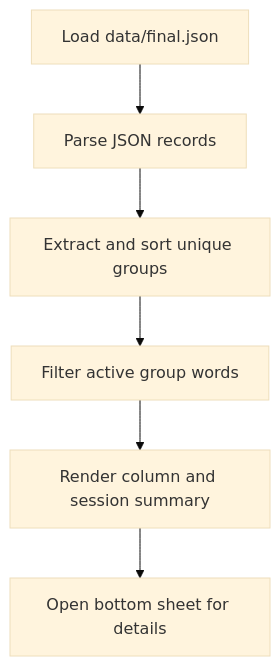
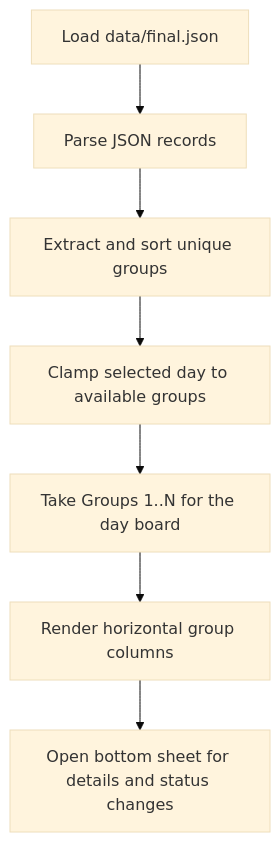
Before and after one commit to desertSniper87/vocab-hill: the diagram in docs/4-algorithms/README.md, drawn with Mermaid (base theme). The commit also changed other lines of this file and 5 other files, not shown here.

````diff
--- a/docs/4-algorithms/README.md
+++ b/docs/4-algorithms/README.md
@@ -7,8 +7,9 @@
 ```mermaid
 flowchart TD
     A["Load data/final.json"] --> B["Parse JSON records"]
     B --> C["Extract and sort unique groups"]
-    C --> D["Filter active group words"]
-    D --> E["Render column and session summary"]
-    E --> F["Open bottom sheet for details"]
+    C --> D["Clamp selected day to available groups"]
+    D --> E["Take Groups 1..N for the day board"]
+    E --> F["Render horizontal group columns"]
+    F --> G["Open bottom sheet for details and status changes"]
 ```
````
